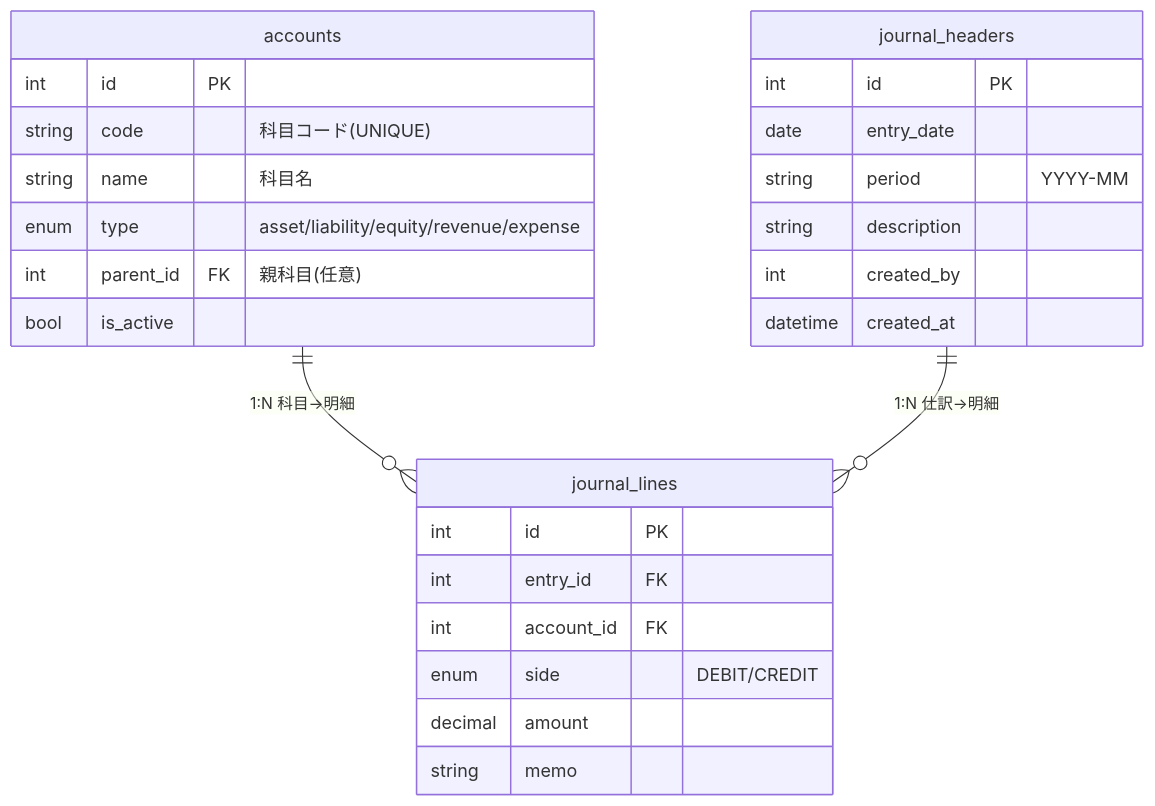
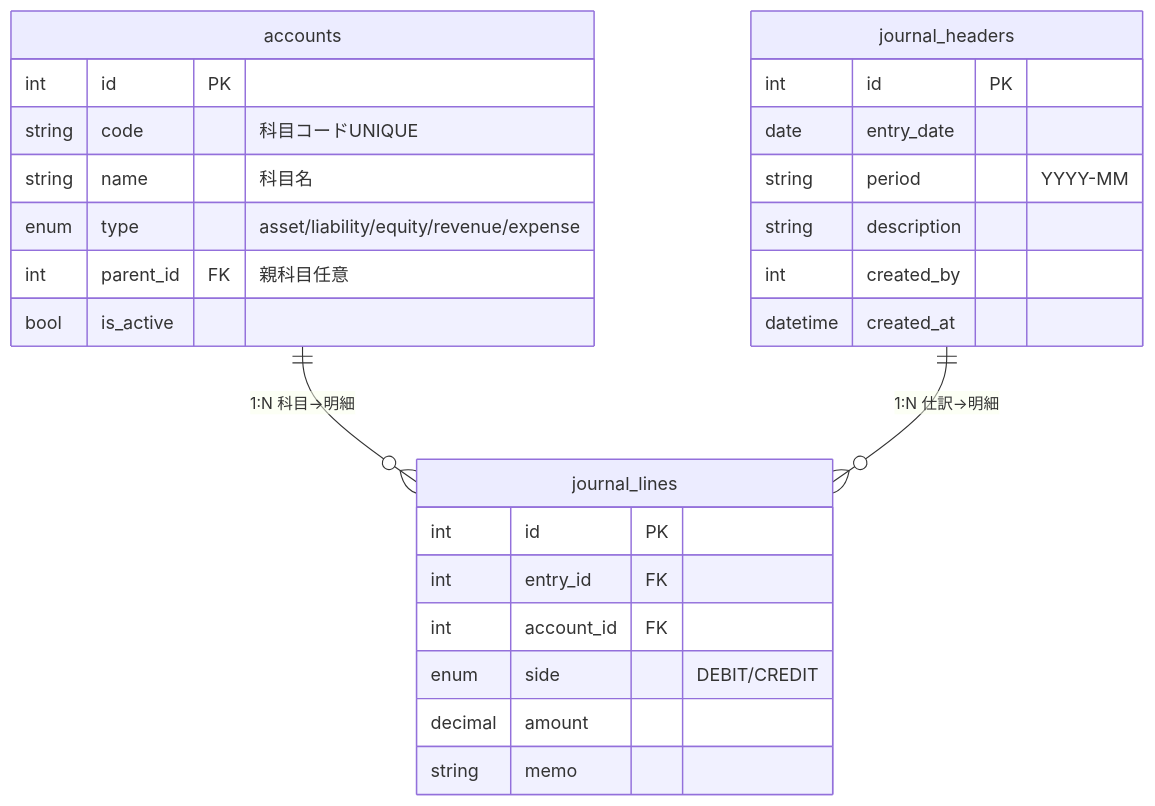
Before and after one commit to kmh-no3/journAPI: the diagram in docs/01_high_er_diagram.md, drawn with Mermaid. The commit also changed 15 other files, not shown here.

````diff
--- a/docs/01_high_er_diagram.md
+++ b/docs/01_high_er_diagram.md
@@ -5,34 +5,33 @@
 ```mermaid
 erDiagram
     accounts {
         int id PK
-        string code "科目コード(UNIQUE)"
+        string code "科目コードUNIQUE"
         string name "科目名"
         enum type "asset/liability/equity/revenue/expense"
-        int parent_id FK "親科目(任意)"
+        int parent_id FK "親科目任意"
         bool is_active
     }
 
     journal_headers {
         int id PK
         date entry_date
         string period "YYYY-MM"
         string description
         int created_by
         datetime created_at
     }
 
     journal_lines {
         int id PK
         int entry_id FK
         int account_id FK
         enum side "DEBIT/CREDIT"
         decimal amount
         string memo
     }
 
     %% Relations
     accounts ||--o{ journal_lines : "1:N 科目→明細"
     journal_headers ||--o{ journal_lines : "1:N 仕訳→明細"
-
 ```
````
